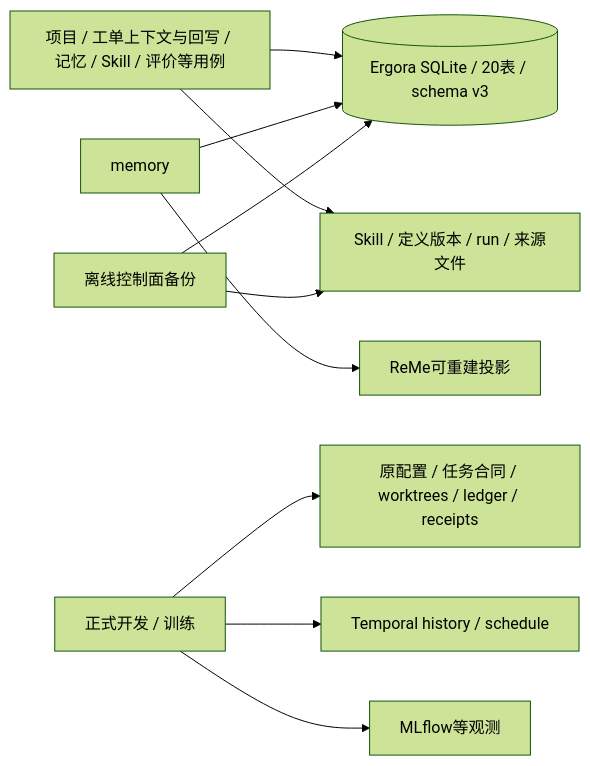
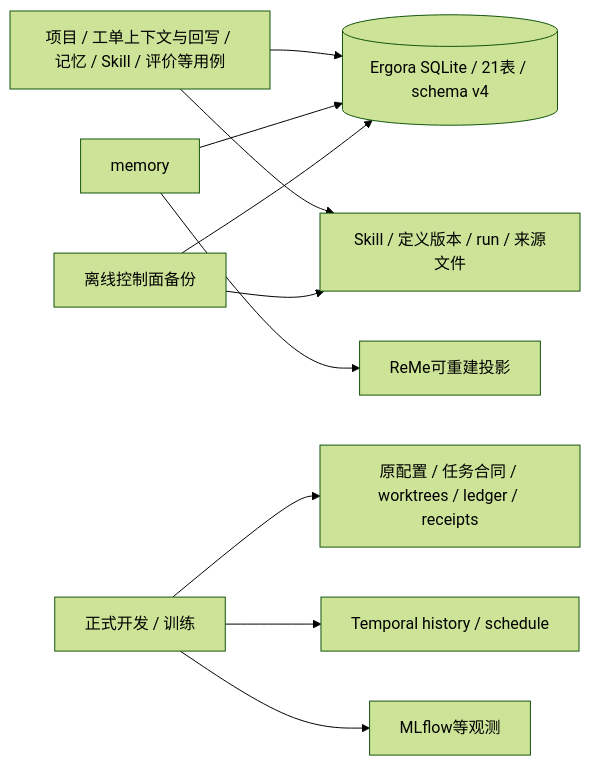
The fifth of 5 diagrams in docs/architecture/current.md (626619403/Ergora), drawn with Mermaid (forest theme) before and after one commit. The commit also changed other lines of this file and 27 other files, not shown here.

````diff
--- a/docs/architecture/current.md
+++ b/docs/architecture/current.md
@@ -206,12 +206,12 @@
 ```mermaid
 flowchart LR
-  Control[项目 / 工单上下文与回写 / 记忆 / Skill / 评价等用例] --> DB[(Ergora SQLite / 20表 / schema v3)]
+  Control[项目 / 工单上下文与回写 / 记忆 / Skill / 评价等用例] --> DB[(Ergora SQLite / 21表 / schema v4)]
   Control --> Assets[Skill / 定义版本 / run / 来源文件]
   Memory[memory] --> DB
   Memory --> ReMe[ReMe可重建投影]
   Runtime[正式开发 / 训练] --> Native[原配置 / 任务合同 / worktrees / ledger / receipts]
   Runtime --> Temporal[Temporal history / schedule]
   Runtime --> Observe[MLflow等观测]
   Backup[离线控制面备份] --> DB
   Backup --> Assets
 ```
````
